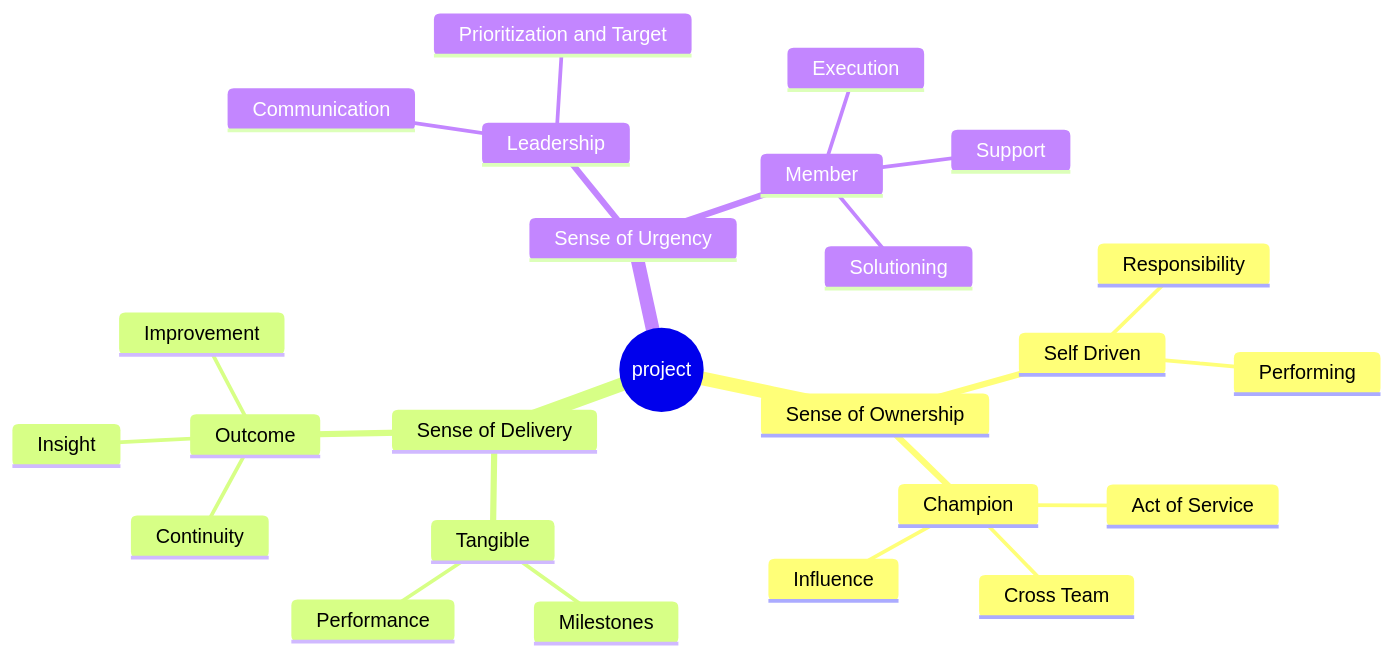
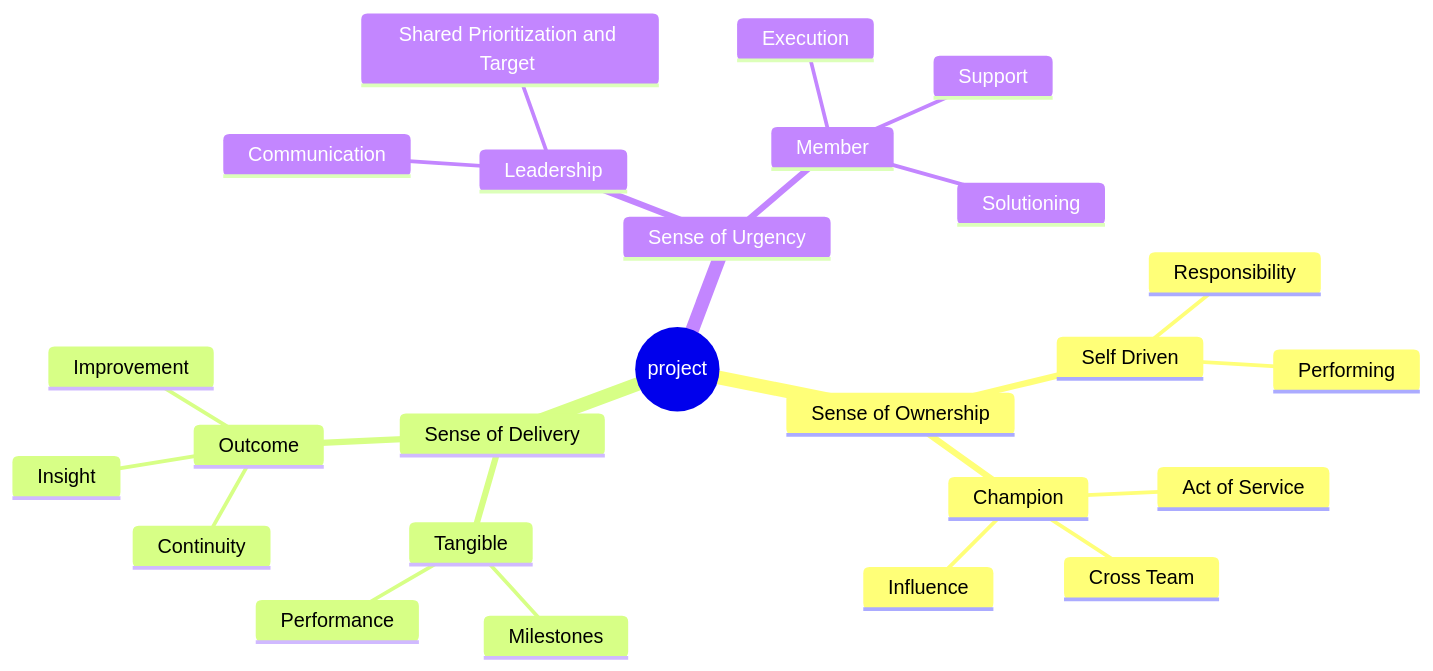
The diagram in content/post/2026/vendor-vs-in-house-development.md (nandcep/nandcep.github.io), drawn with Mermaid before and after one commit. The commit also changed other lines of this file, not shown here.

````diff
--- a/content/post/2026/vendor-vs-in-house-development.md
+++ b/content/post/2026/vendor-vs-in-house-development.md
@@ -24,28 +24,28 @@
 ```mermaid
 mindmap
   root((project))
     Sense of Ownership
       Self Driven
         Responsibility
         Performing
       Champion
         Act of Service
         Cross Team
         Influence
     Sense of Delivery
       Tangible
         Milestones
         Performance
       Outcome
         Continuity
         Insight
         Improvement
     Sense of Urgency
       Leadership
         Communication
-        Prioritization and Target 
+        Shared Prioritization and Target 
       Member
         Execution
         Solutioning
         Support
 ```
````
